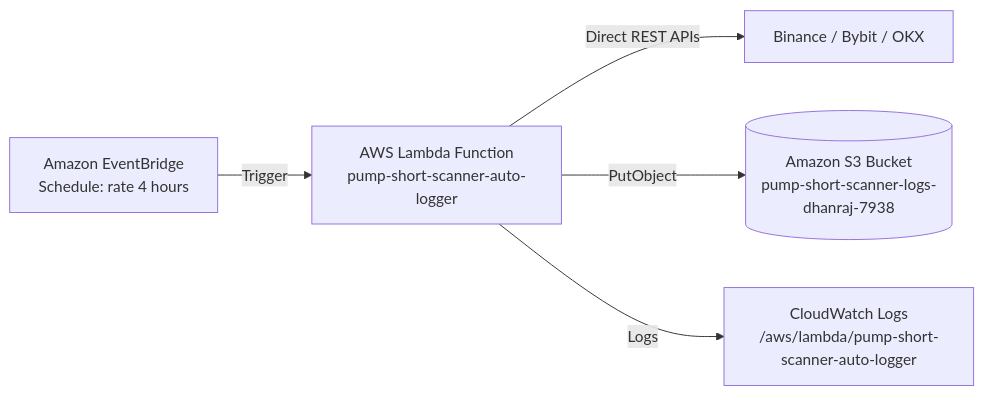
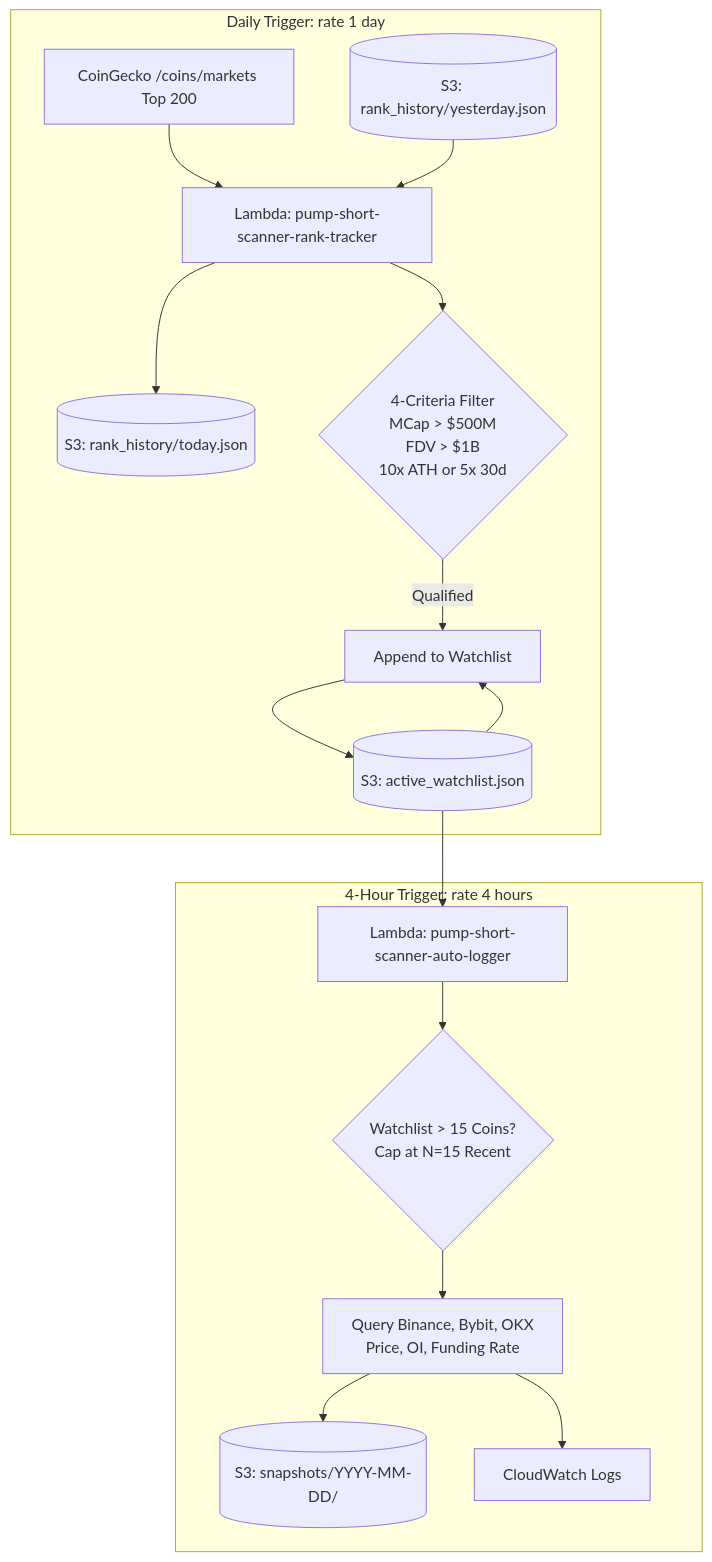
One commit to dhanrajgupta2736/pump-short-scanner changed the diagram in README.md. Above: the diagram before and after it, drawn with Mermaid. The commit also changed other lines of this file and 4 other files, not shown here.

Commit message:
feat: Add daily top-200 rank tracker (Job 1) and dynamic S3 watchlist loading (Job 2)

````diff
--- a/README.md
+++ b/README.md
@@ -72,7 +72,20 @@
 ```mermaid
-flowchart LR
-    EB[Amazon EventBridge\nSchedule: rate 4 hours] -->|Trigger| L[AWS Lambda Function\npump-short-scanner-auto-logger]
-    L -->|Direct REST APIs| EX[Binance / Bybit / OKX]
-    L -->|PutObject| S3[(Amazon S3 Bucket\npump-short-scanner-logs-dhanraj-7938)]
-    L -->|Logs| CW[CloudWatch Logs\n/aws/lambda/pump-short-scanner-auto-logger]
+flowchart TD
+    subgraph Job 1: Candidate Discovery [Daily Trigger: rate 1 day]
+        CG[CoinGecko /coins/markets Top 200] --> RT[Lambda: pump-short-scanner-rank-tracker]
+        S3_Hist_Old[(S3: rank_history/yesterday.json)] --> RT
+        RT --> S3_Hist_New[(S3: rank_history/today.json)]
+        RT --> Filter{4-Criteria Filter<br/>MCap > $500M<br/>FDV > $1B<br/>10x ATH or 5x 30d}
+        Filter -- Qualified --> WL_Update[Append to Watchlist]
+        S3_WL[(S3: active_watchlist.json)] --> WL_Update
+        WL_Update --> S3_WL
+    end
+
+    subgraph Job 2: Derivative Logging [4-Hour Trigger: rate 4 hours]
+        S3_WL --> AL[Lambda: pump-short-scanner-auto-logger]
+        AL --> Safeguard{Watchlist > 15 Coins?<br/>Cap at N=15 Recent}
+        Safeguard --> FetchEx[Query Binance, Bybit, OKX<br/>Price, OI, Funding Rate]
+        FetchEx --> S3_Snaps[(S3: snapshots/YYYY-MM-DD/)]
+        FetchEx --> CW[CloudWatch Logs]
+    end
 ```
````
